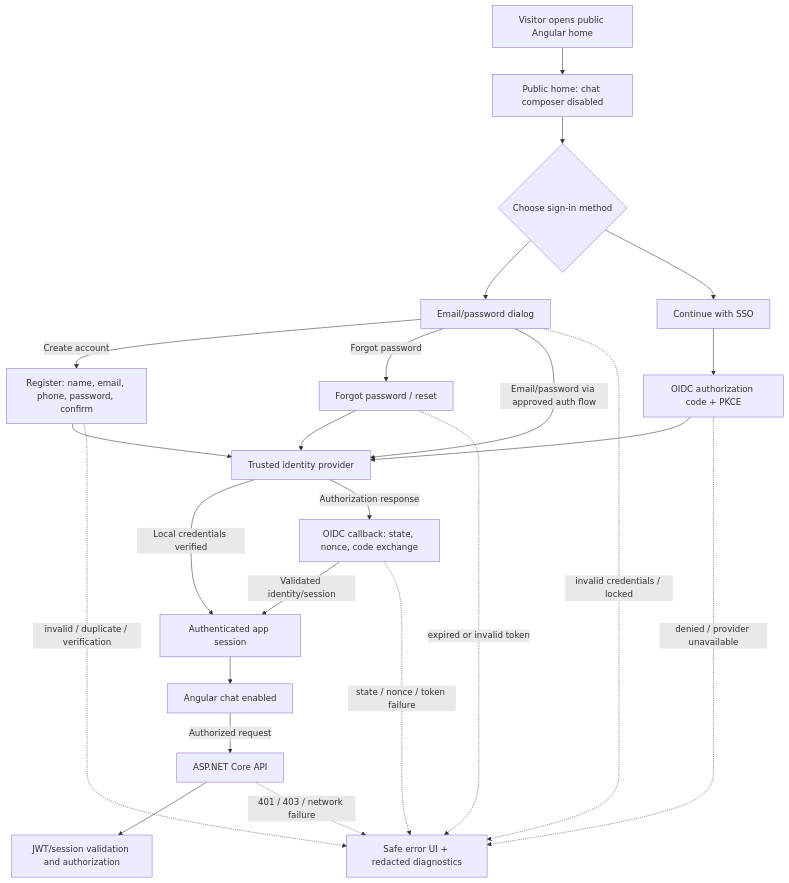
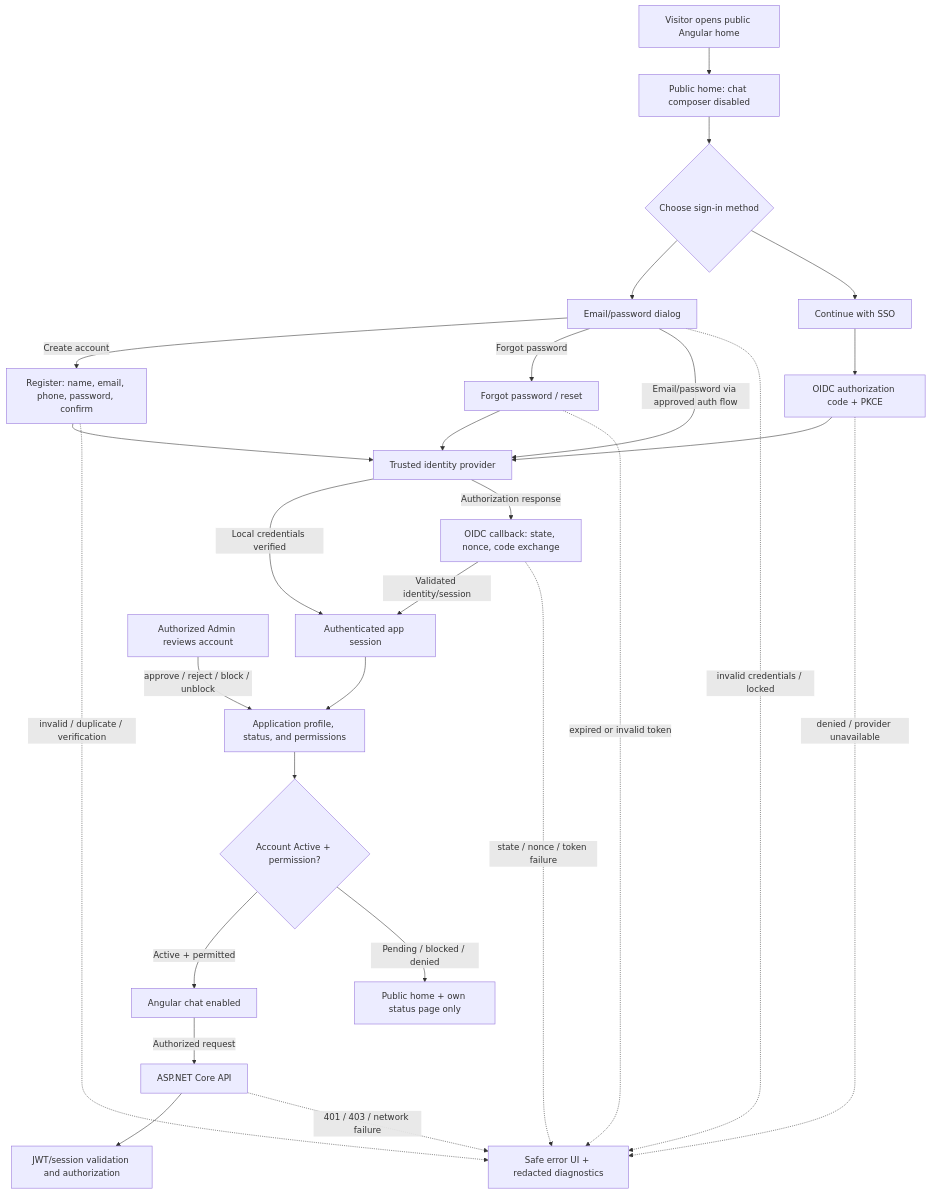
Before and after one commit to vikaskumar117/AIChatApplication: the third of 5 diagrams in docs/architecture.md, drawn with Mermaid. The commit also changed other lines of this file and 5 other files, not shown here.

````diff
--- a/docs/architecture.md
+++ b/docs/architecture.md
@@ -125,38 +129,45 @@
 ```mermaid
 flowchart TB
     Visitor[Visitor opens public Angular home]
     Home[Public home: chat composer disabled]
     Choice{Choose sign-in method}
     Local[Email/password dialog]
     Register[Register: name, email, phone, password, confirm]
     Forgot[Forgot password / reset]
     SSO[Continue with SSO]
     OIDC[OIDC authorization code + PKCE]
     IdP[Trusted identity provider]
     Callback[OIDC callback: state, nonce, code exchange]
     Session[Authenticated app session]
+    Profile[Application profile, status, and permissions]
+    Access{Account Active + permission?}
+    Admin[Authorized Admin reviews account]
+    Status[Public home + own status page only]
     Chat[Angular chat enabled]
     API[ASP.NET Core API]
     Auth[JWT/session validation and authorization]
     Fail[Safe error UI + redacted diagnostics]
 
     Visitor --> Home --> Choice
     Choice --> Local
     Local -->|Create account| Register
     Local -->|Forgot password| Forgot
     Register --> IdP
     Forgot --> IdP
     Local -->|Email/password via approved auth flow| IdP
     IdP -->|Local credentials verified| Session
     Choice --> SSO --> OIDC --> IdP
     IdP -->|Authorization response| Callback
     Callback -->|Validated identity/session| Session
-    Session --> Chat
+    Session --> Profile --> Access
+    Access -->|Active + permitted| Chat
+    Access -->|Pending / blocked / denied| Status
+    Admin -->|approve / reject / block / unblock| Profile
     Chat -->|Authorized request| API --> Auth
     Local -. invalid credentials / locked .-> Fail
     Register -. invalid / duplicate / verification .-> Fail
     Forgot -. expired or invalid token .-> Fail
     OIDC -. denied / provider unavailable .-> Fail
     Callback -. state / nonce / token failure .-> Fail
     API -. 401 / 403 / network failure .-> Fail
 ```
````
